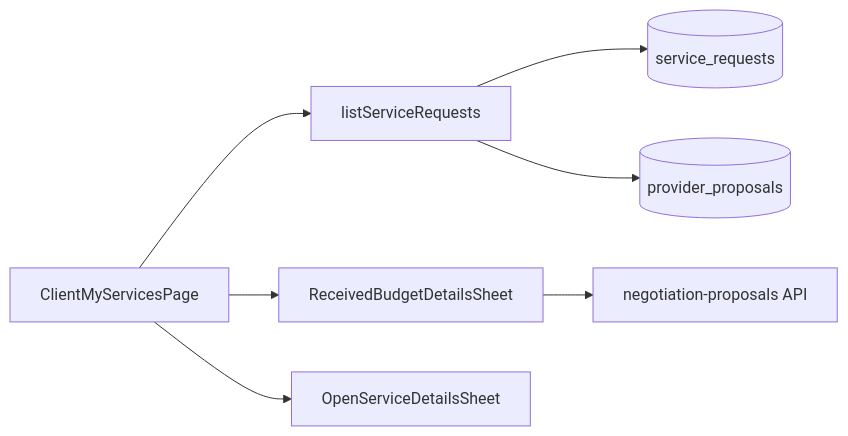
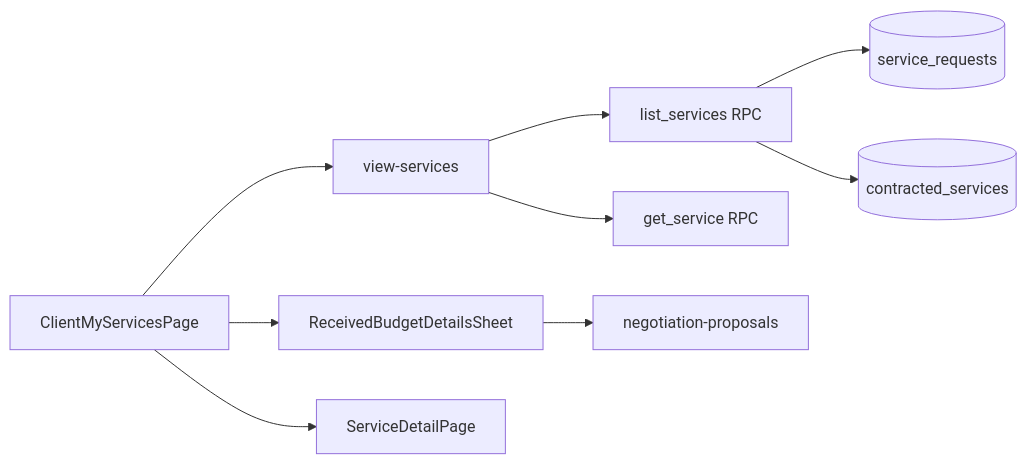
One commit to higorpo/renovi-orbit-test changed the diagram in docs/business/modulos/client-my-services/features/solicitacoes-do-cliente.md. Above: the diagram before and after it, drawn with Mermaid. The commit also changed other lines of this file and 187 other files, not shown here.

First line of the commit message:
Refactor client-my-services and view-services integration

````diff
--- a/docs/business/modulos/client-my-services/features/solicitacoes-do-cliente.md
+++ b/docs/business/modulos/client-my-services/features/solicitacoes-do-cliente.md
@@ -174,9 +104,11 @@
 ```mermaid
 flowchart LR
-  P[ClientMyServicesPage] --> L[listServiceRequests]
+  P[ClientMyServicesPage] --> VS[view-services]
+  VS --> LS[list_services RPC]
+  VS --> GS[get_service RPC]
   P --> B[ReceivedBudgetDetailsSheet]
-  P --> D[OpenServiceDetailsSheet]
-  B --> NP[negotiation-proposals API]
-  L --> SR[(service_requests)]
-  L --> PP[(provider_proposals)]
+  P --> D[ServiceDetailPage]
+  B --> NP[negotiation-proposals]
+  LS --> SR[(service_requests)]
+  LS --> CS[(contracted_services)]
 ```
````
